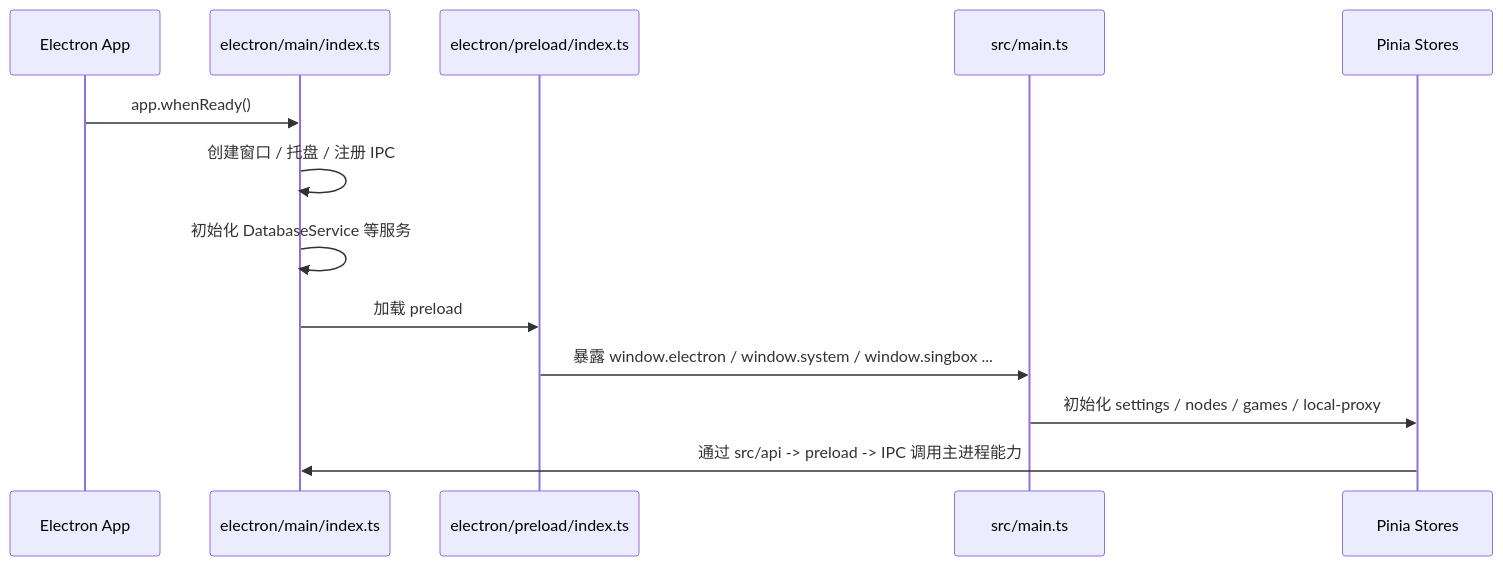
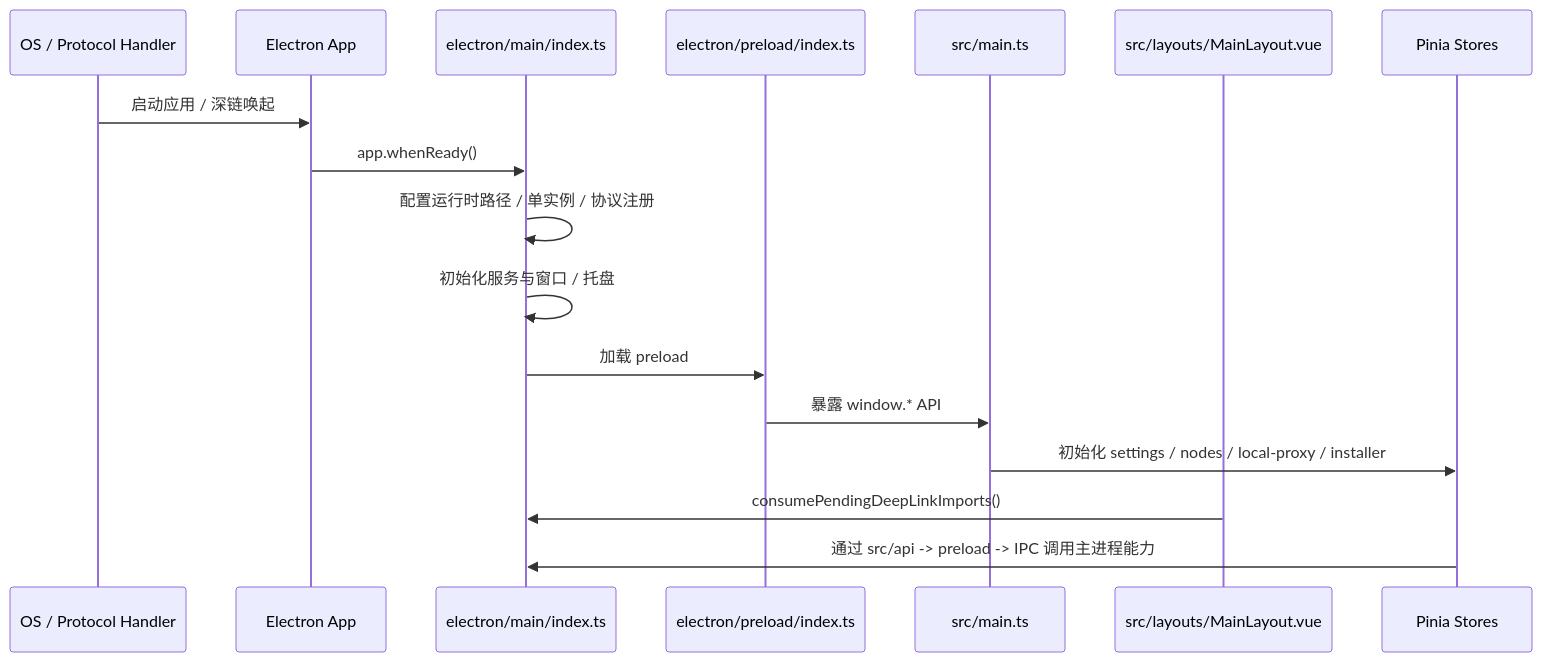
One commit to ZenEcho/LagZero changed the diagram in docs/development-guide.md. Above: the diagram before and after it, drawn with Mermaid. The commit also changed other lines of this file and 55 other files, not shown here.

````diff
--- a/docs/development-guide.md
+++ b/docs/development-guide.md
@@ -71,16 +127,20 @@
 ```mermaid
 sequenceDiagram
+  participant OS as OS / Protocol Handler
   participant App as Electron App
   participant Main as electron/main/index.ts
   participant Preload as electron/preload/index.ts
   participant Renderer as src/main.ts
+  participant Layout as src/layouts/MainLayout.vue
   participant Store as Pinia Stores
 
+  OS->>App: 启动应用 / 深链唤起
   App->>Main: app.whenReady()
-  Main->>Main: 创建窗口 / 托盘 / 注册 IPC
-  Main->>Main: 初始化 DatabaseService 等服务
+  Main->>Main: 配置运行时路径 / 单实例 / 协议注册
+  Main->>Main: 初始化服务与窗口 / 托盘
   Main->>Preload: 加载 preload
-  Preload->>Renderer: 暴露 window.electron / window.system / window.singbox ...
-  Renderer->>Store: 初始化 settings / nodes / games / local-proxy
+  Preload->>Renderer: 暴露 window.* API
+  Renderer->>Store: 初始化 settings / nodes / local-proxy / installer
+  Layout->>Main: consumePendingDeepLinkImports()
   Store->>Main: 通过 src/api -> preload -> IPC 调用主进程能力
 ```
````
